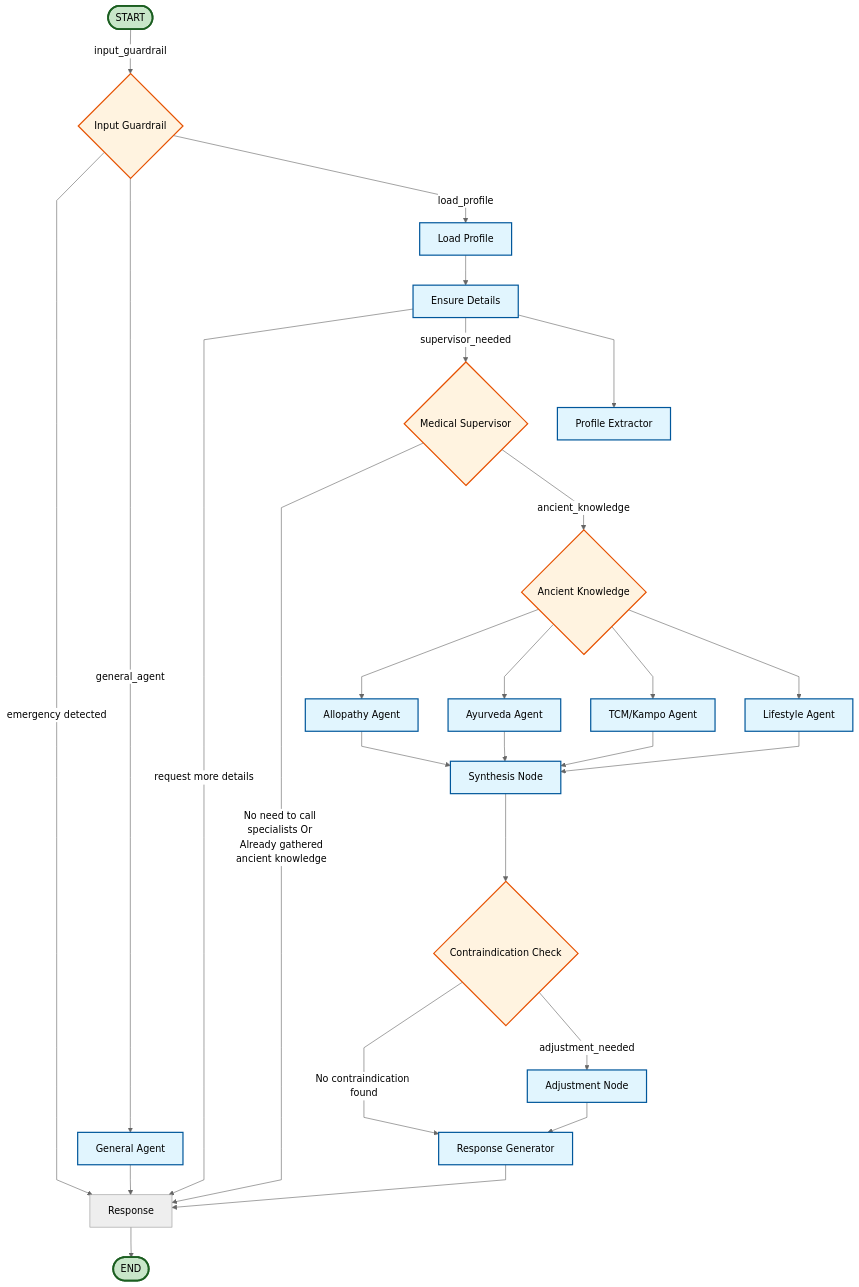
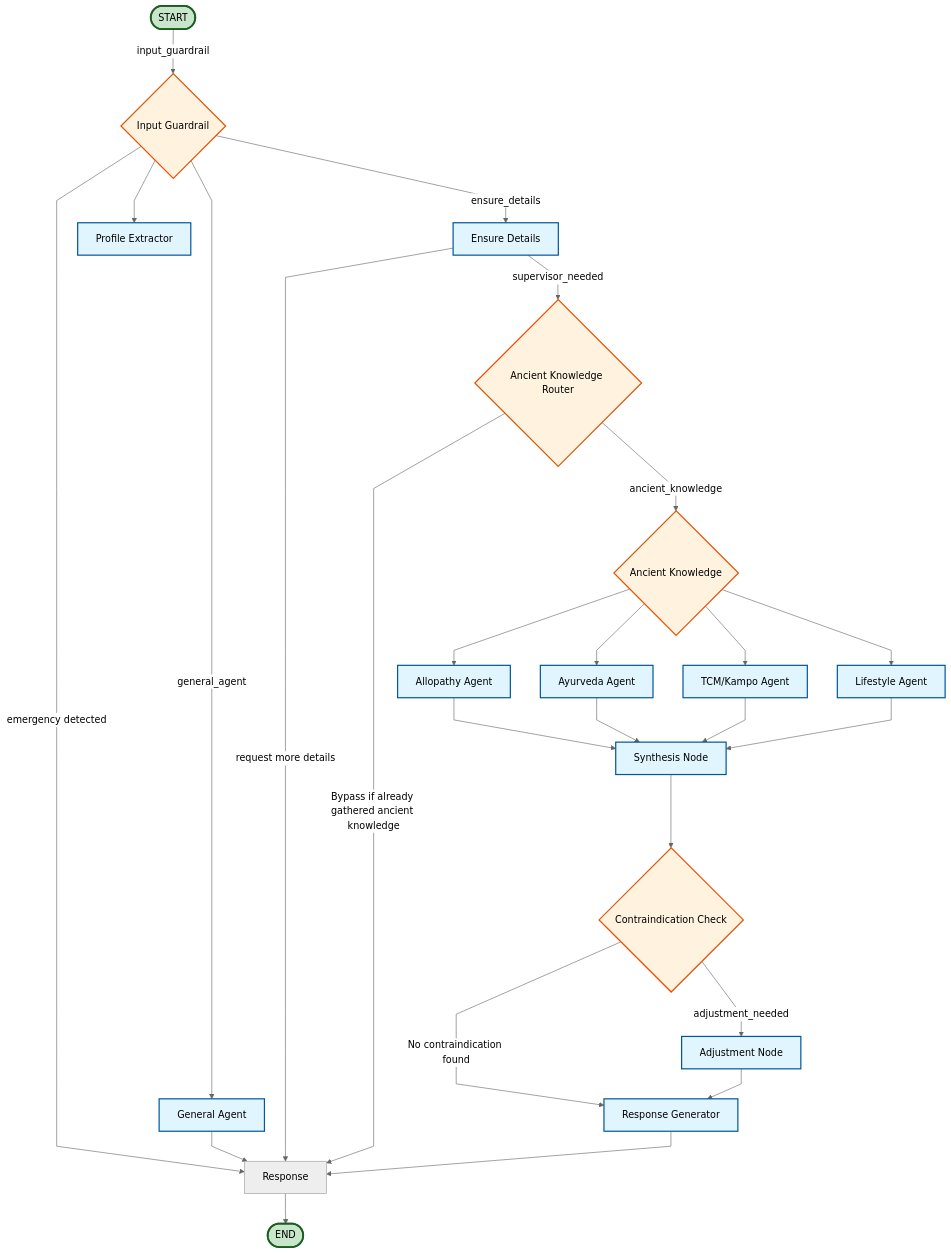
The diagram in docs/orchestration.md (Tejashree-Khot/personal-medical-assistant), drawn with Mermaid before and after one commit.

````diff
--- a/docs/orchestration.md
+++ b/docs/orchestration.md
@@ -5,60 +5,59 @@
 ```mermaid
 ---
 config:
   flowchart:
     curve: linear
 ---
 %%{init: {'theme': 'neutral'}}%%
 graph TD
     START([START]) -->|input_guardrail| input_guardrail{Input Guardrail}
 
     %% Input routing
     input_guardrail -->|emergency detected| response[Response]
     input_guardrail -->|general_agent| general_agent[General Agent]
-    input_guardrail -->|load_profile| load_profile[Load Profile]
+    input_guardrail -->|ensure_details| ensure_details[Ensure Details]
+    input_guardrail --> profile_extractor[Profile Extractor]
 
     %% General Agent
     general_agent --> response
 
     %% Profile and details
-    load_profile --> ensure_details[Ensure Details]
     ensure_details -->|request more details| response
-    ensure_details -->|supervisor_needed| medical_supervisor{Medical Supervisor}
-    ensure_details --> profile_extractor[Profile Extractor]
+    ensure_details -->|supervisor_needed| ancient_knowledge_router{Ancient Knowledge Router}
 
     %% Supervisor routing
-    medical_supervisor -->|No need to call specialists Or </br> Already gathered ancient knowledge| response
-    medical_supervisor -->|ancient_knowledge| ancient_knowledge{Ancient Knowledge}
+    ancient_knowledge_router -->|ancient_knowledge| ancient_knowledge{Ancient Knowledge}
+    ancient_knowledge_router -->|Bypass if already gathered ancient knowledge| response
 
     %% Knowledge agents
     ancient_knowledge --> allopathy_agent[Allopathy Agent]
     ancient_knowledge --> ayurveda_agent[Ayurveda Agent]
     ancient_knowledge --> tcm_kampo_agent[TCM/Kampo Agent]
     ancient_knowledge --> lifestyle_agent[Lifestyle Agent]
 
     %% Synthesis
     allopathy_agent --> synthesis_node[Synthesis Node]
     ayurveda_agent --> synthesis_node
     tcm_kampo_agent --> synthesis_node
     lifestyle_agent --> synthesis_node
 
     %% Safety & adjustments
     synthesis_node --> contraindication_check{Contraindication Check}
     contraindication_check -->|No contraindication found| response_generator
     contraindication_check -->|adjustment_needed| adjustment_node[Adjustment Node]
     adjustment_node --> response_generator[Response Generator]
 
     %% Response generation
     response_generator --> response
     response --> END([END])
 
     %% Styling
     classDef processNode fill:#e1f5fe,stroke:#01579b,stroke-width:2px
     classDef decisionNode fill:#fff3e0,stroke:#e65100,stroke-width:2px
     classDef startEndNode fill:#c8e6c9,stroke:#1b5e20,stroke-width:3px
 
     class general_agent,allopathy_agent,ayurveda_agent,tcm_kampo_agent,lifestyle_agent processNode
-    class load_profile,ensure_details,medical_supervisor,ancient_knowledge,synthesis_node,contraindication_check,adjustment_node,response_generator,profile_extractor processNode
-    class input_guardrail,medical_supervisor,ancient_knowledge,contraindication_check decisionNode
+    class load_profile,ensure_details,ancient_knowledge_router,ancient_knowledge,synthesis_node,contraindication_check,adjustment_node,response_generator,profile_extractor processNode
+    class input_guardrail,ancient_knowledge_router,ancient_knowledge,contraindication_check decisionNode
     class START,END startEndNode
 ```
````
